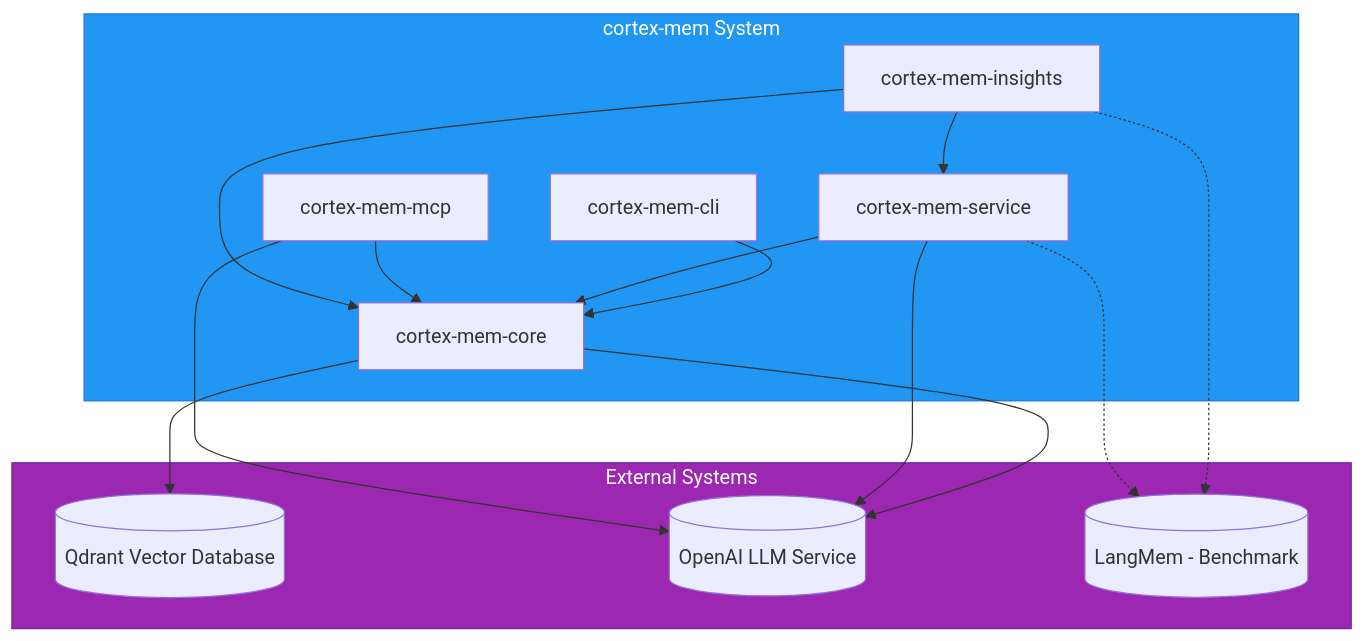
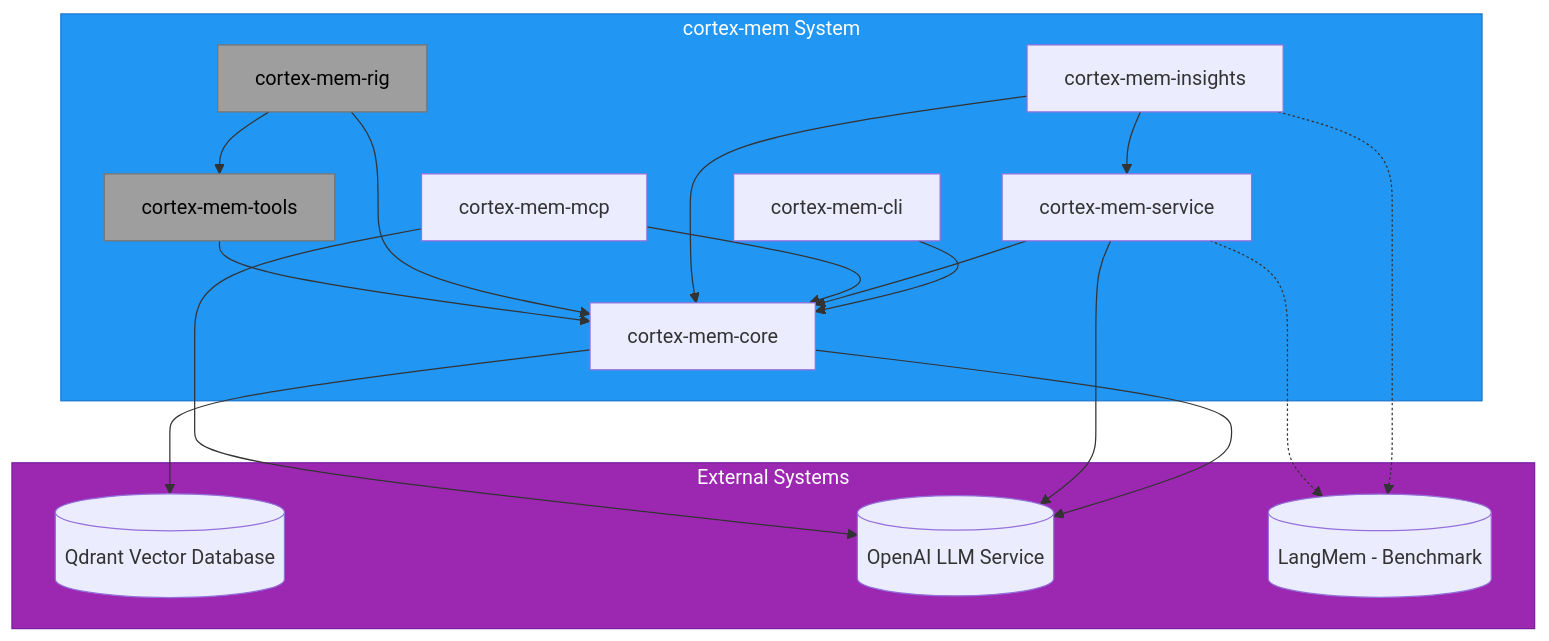
The first of 8 diagrams in litho.docs/2.Architecture.md (sopaco/cortex-mem), drawn with Mermaid before and after one commit. The commit also changed other lines of this file and 2 other files, not shown here.

Commit message:
Add Rig integration and tools documentation
- Document cortex-mem-rig component for autonomous LLM agents
- Document cortex-mem-tools for simplified API operations
- Update architecture diagrams and overview tables
- Add integration examples and usage patterns for both components

````diff
--- a/litho.docs/2.Architecture.md
+++ b/litho.docs/2.Architecture.md
@@ -63,33 +63,42 @@
 ```mermaid
 graph TD
     subgraph ExternalSystems [External Systems]
         Qdrant[(Qdrant Vector Database)]
         OpenAI[(OpenAI LLM Service)]
         LangMem[(LangMem - Benchmark)]
     end
 
     subgraph cortex-mem [cortex-mem System]
         CLI[cortex-mem-cli]
         HTTPAPI[cortex-mem-service]
         MCP[cortex-mem-mcp]
         WebUI[cortex-mem-insights]
+        RigInt[cortex-mem-rig]
+        ToolsLib[cortex-mem-tools]
         Core[cortex-mem-core]
     end
 
     CLI --> Core
     HTTPAPI --> Core
     MCP --> Core
     WebUI --> HTTPAPI
     WebUI --> Core
+
+    RigInt --> ToolsLib
+    RigInt --> Core
+
+    ToolsLib --> Core
 
     Core --> Qdrant
     Core --> OpenAI
     HTTPAPI --> OpenAI
     MCP --> OpenAI
 
     WebUI -.-> LangMem
     HTTPAPI -.-> LangMem
 
     style cortex-mem fill:#2196F3,stroke:#1976D2,color:white
     style ExternalSystems fill:#9C27B0,stroke:#7B1FA2,color:white
+    style RigInt fill:#9E9E9E,stroke:#757575,color:black
+    style ToolsLib fill:#9E9E9E,stroke:#757575,color:black
 ```
````
